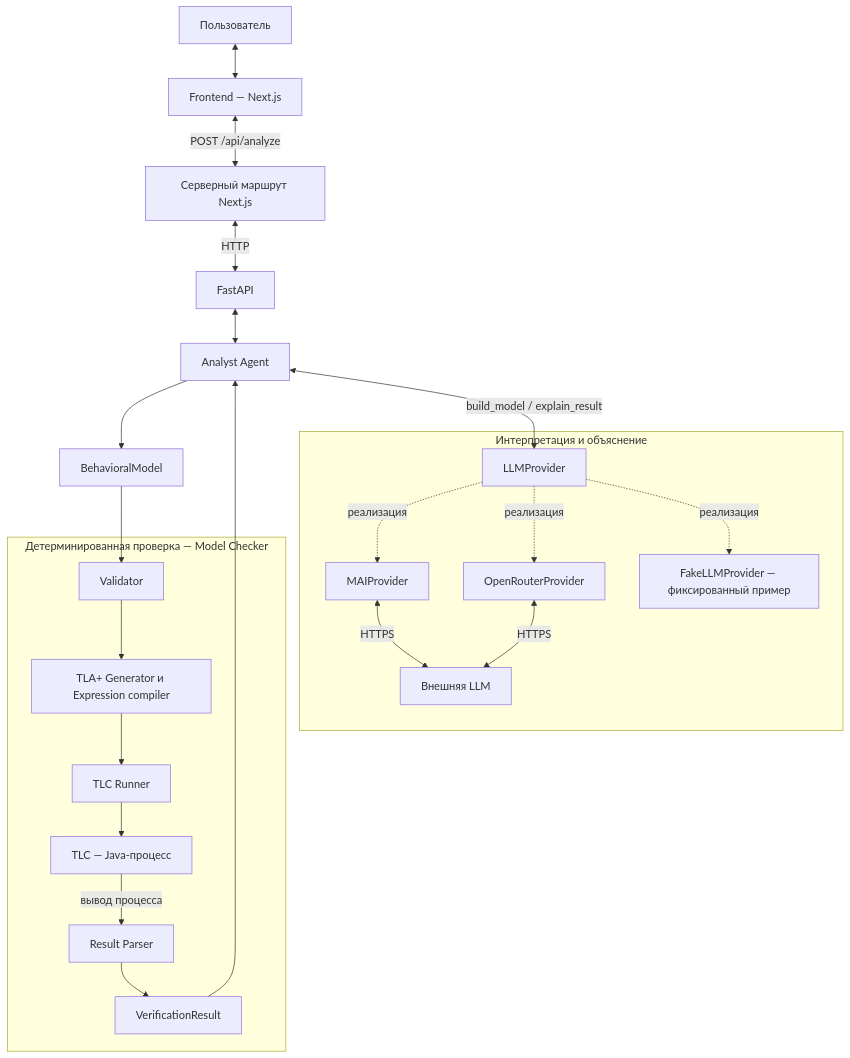
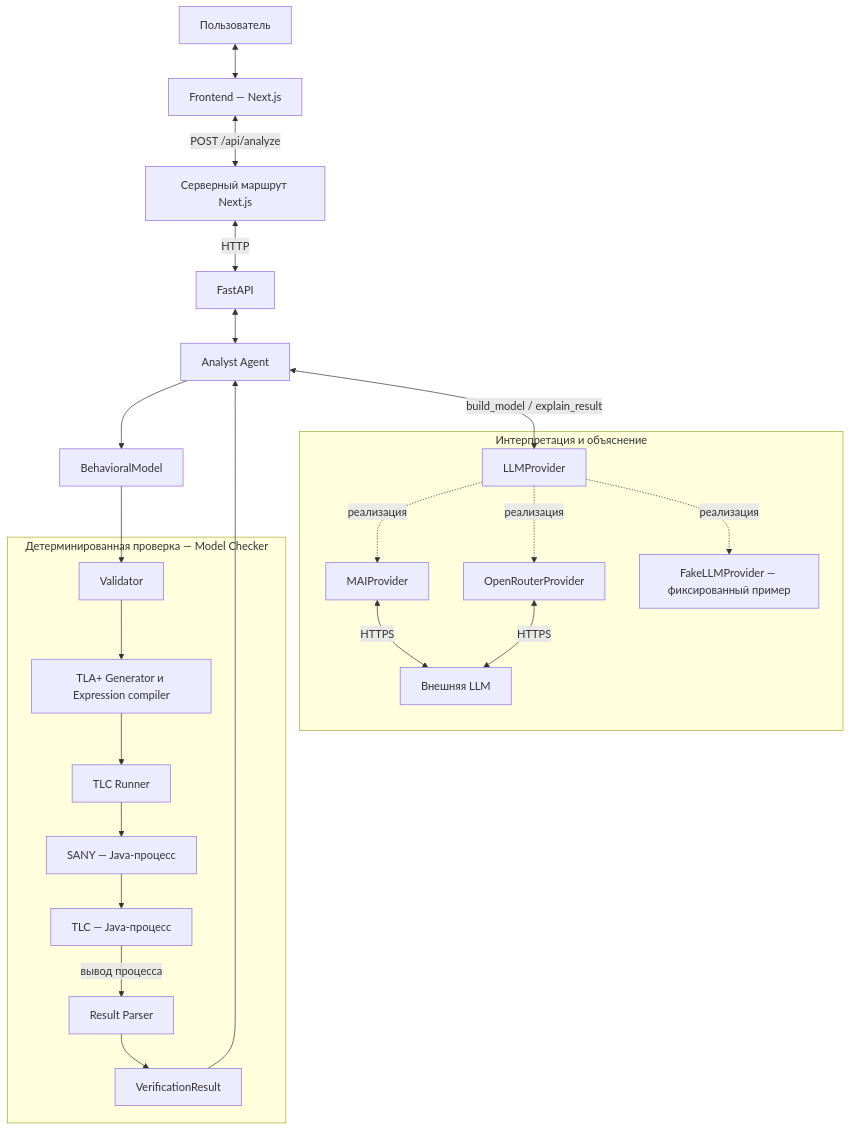
Before and after one commit to Maximoff35/mai-practice-agent-analyst: the diagram in docs/predefense/architecture.md, drawn with Mermaid. The commit also changed other lines of this file and 10 other files, not shown here.

````diff
--- a/docs/predefense/architecture.md
+++ b/docs/predefense/architecture.md
@@ -15,33 +15,34 @@
 ```mermaid
 flowchart TB
     U[Пользователь] <--> F[Frontend — Next.js]
     F <-->|POST /api/analyze| PROXY[Серверный маршрут Next.js]
     PROXY <-->|HTTP| API[FastAPI]
     API <--> AG[Analyst Agent]
     subgraph A[Интерпретация и объяснение]
         P[LLMProvider]
         MAI[MAIProvider]
         OR[OpenRouterProvider]
         FA[FakeLLMProvider — фиксированный пример]
         LLM[Внешняя LLM]
         P -. реализация .-> MAI
         P -. реализация .-> OR
         P -. реализация .-> FA
         MAI <-->|HTTPS| LLM
         OR <-->|HTTPS| LLM
     end
     AG <-->|build_model / explain_result| P
     AG --> BM[BehavioralModel]
     subgraph D[Детерминированная проверка — Model Checker]
         V[Validator]
         G[TLA+ Generator и Expression compiler]
         R[TLC Runner]
+        S[SANY — Java-процесс]
         T[TLC — Java-процесс]
         PAR[Result Parser]
         RES[VerificationResult]
-        V --> G --> R --> T
+        V --> G --> R --> S --> T
         T -->|вывод процесса| PAR --> RES
     end
     BM --> V
     RES --> AG
 ```
````
